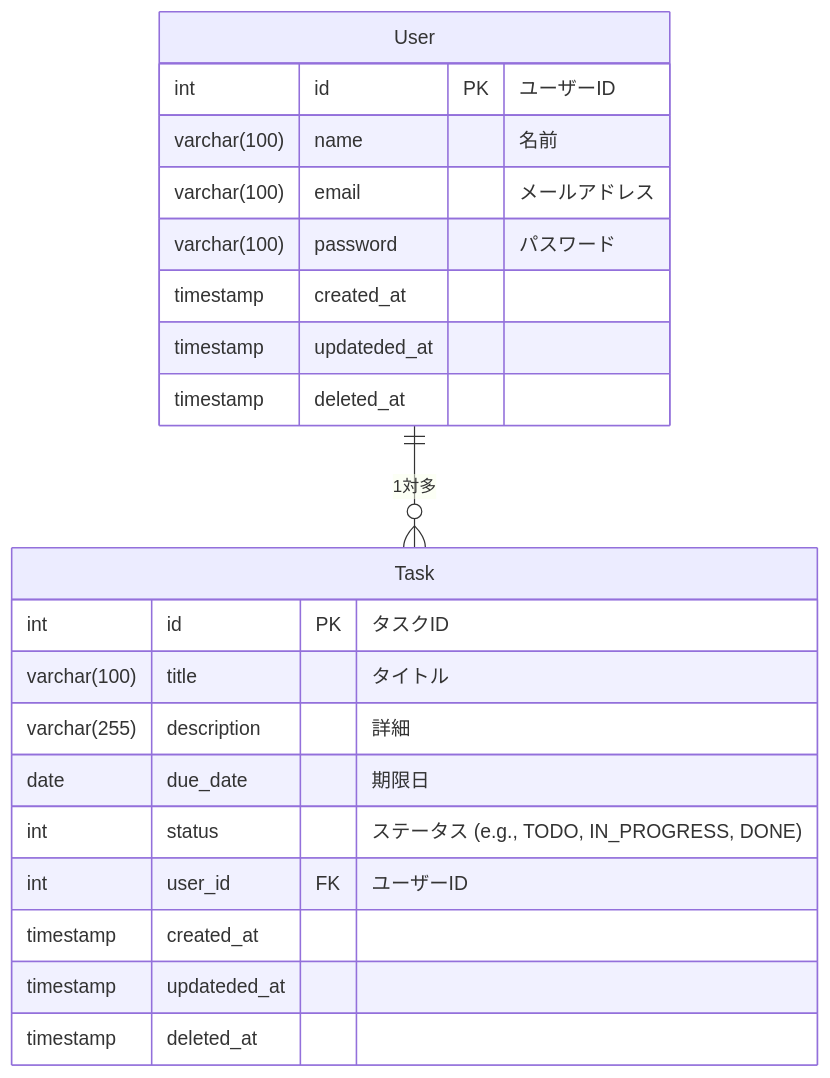
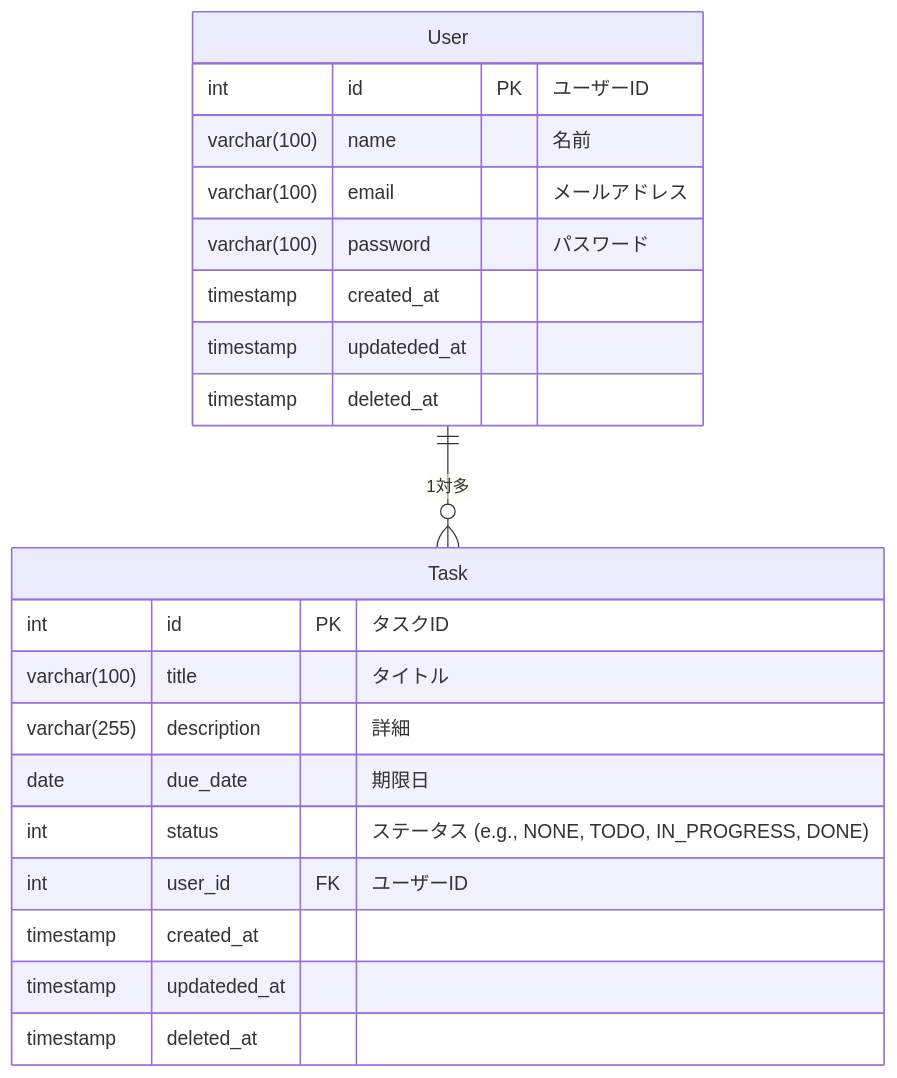
One commit to geek-teru/simple-task-app changed the diagram in README.md. Above: the diagram before and after it, drawn with Mermaid. The commit also changed other lines of this file and 24 other files, not shown here.

````diff
--- a/README.md
+++ b/README.md
@@ -76,26 +76,26 @@
 ```mermaid
 erDiagram
     User {
         int id PK "ユーザーID"
         varchar(100) name "名前"
         varchar(100) email "メールアドレス"
         varchar(100) password "パスワード"
         timestamp created_at
         timestamp updateded_at
         timestamp deleted_at
     }
     Task {
         int id PK "タスクID"
         varchar(100) title "タイトル"
         varchar(255) description "詳細"
         date due_date "期限日"
-        int status "ステータス (e.g., TODO, IN_PROGRESS, DONE)"
+        int status "ステータス (e.g., NONE, TODO, IN_PROGRESS, DONE)"
         int user_id FK "ユーザーID"
         timestamp created_at
         timestamp updateded_at
         timestamp deleted_at
     }
 
 
     User ||--o{ Task : "1対多"
 ```
````
